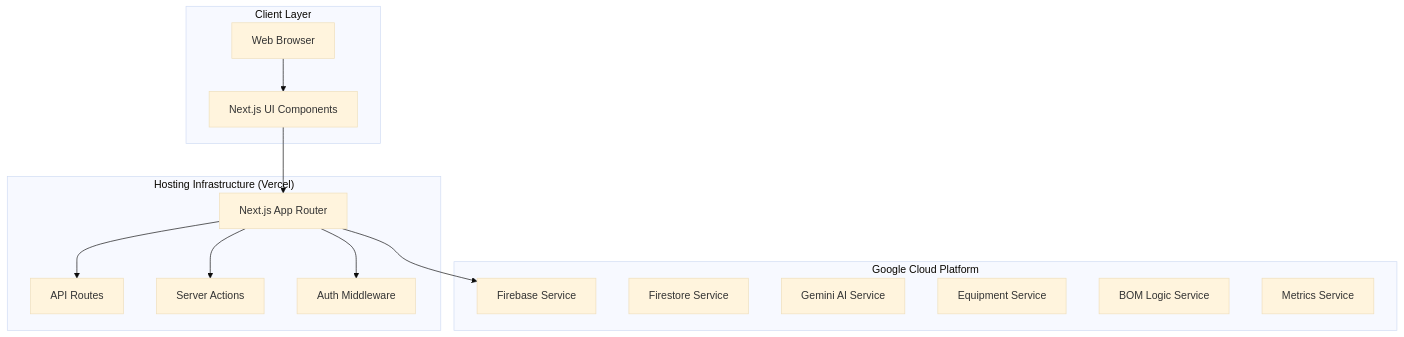
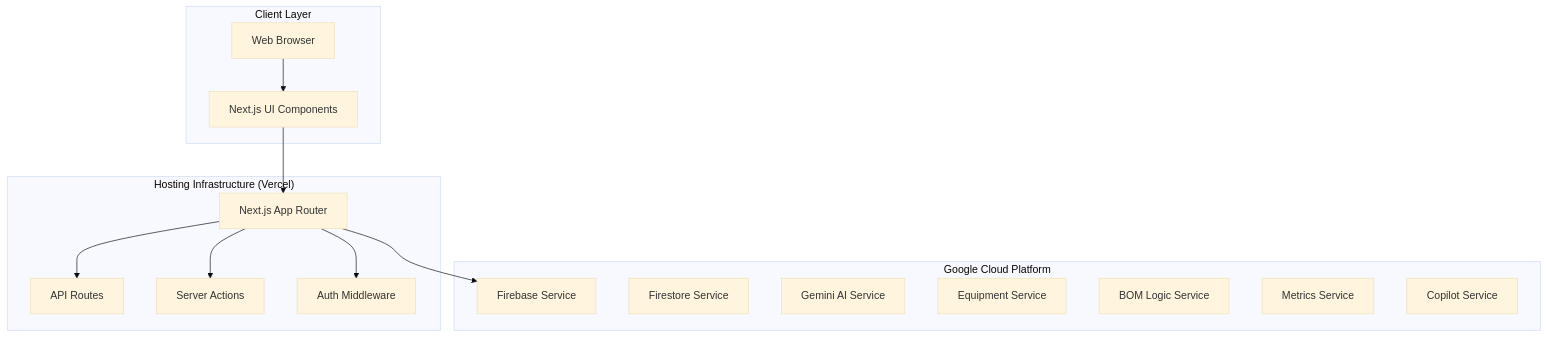
One commit to wslugger/zippy-builder-v2 changed the first of 5 diagrams in ARCHITECTURE.md. Above: the diagram before and after it, drawn with Mermaid (base theme). The commit also changed other lines of this file and 61 other files, not shown here.

````diff
--- a/ARCHITECTURE.md
+++ b/ARCHITECTURE.md
@@ -6,30 +6,31 @@
 ```mermaid
 graph TB
     subgraph "Client Layer"
         Browser[Web Browser]
         UI[Next.js UI Components]
     end
     
     subgraph "Hosting Infrastructure (Vercel)"
         NextJS[Next.js App Router]
         API[API Routes]
         Actions[Server Actions]
         Middleware[Auth Middleware]
     end
     
     subgraph "Google Cloud Platform"
         FirebaseService[Firebase Service]
         FirestoreService[Firestore Service]
         GeminiService[Gemini AI Service]
         EquipmentService[Equipment Service]
         BOMLogicService[BOM Logic Service]
         MetricsService[Metrics Service]
+        CopilotService[Copilot Service]
     end
     
     Browser --> UI
     UI --> NextJS
     NextJS --> API
     NextJS --> Actions
     NextJS --> Middleware
     NextJS --> FirebaseService
 ```
````
